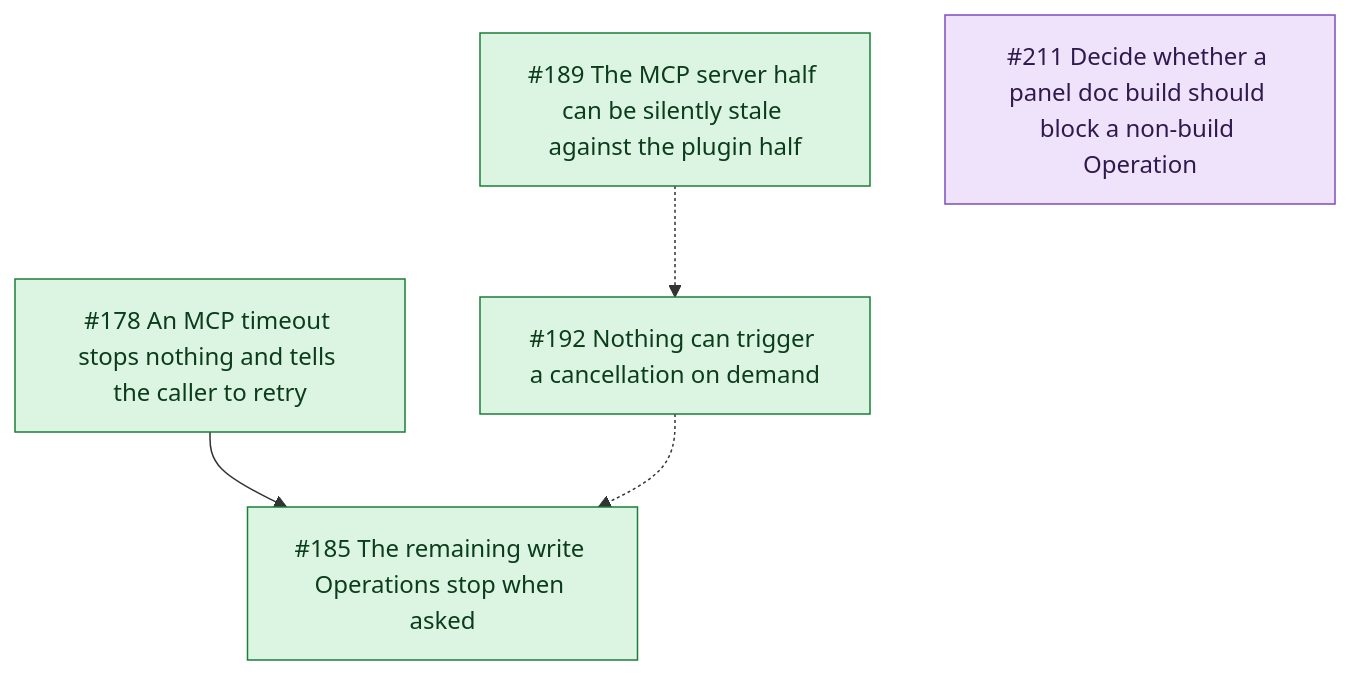
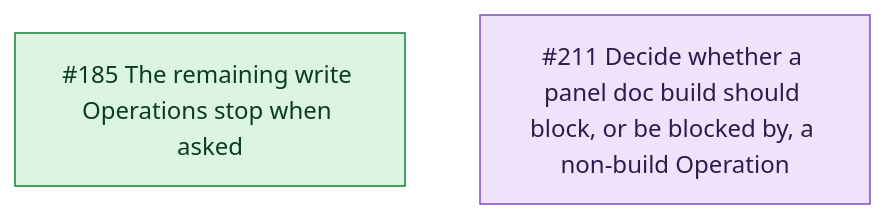
The first of 5 diagrams in docs/open-issue-map.md (tidy-dev-team/tidy-ds-toolbox), drawn with Mermaid before and after one commit. The commit also changed other lines of this file and 6 other files, not shown here.

````diff
--- a/docs/open-issue-map.md
+++ b/docs/open-issue-map.md
@@ -11,21 +11,14 @@
 ```mermaid
 flowchart TD
-    I178["#178 An MCP timeout stops nothing and tells the caller to retry"]
     I185["#185 The remaining write Operations stop when asked"]
-    I192["#192 Nothing can trigger a cancellation on demand"]
-    I189["#189 The MCP server half can be silently stale against the plugin half"]
-    I211["#211 Decide whether a panel doc build should block a non-build Operation"]
-
-    I178 --> I185
-    I192 -.-> I185
-    I189 -.-> I192
+    I211["#211 Decide whether a panel doc build should block, or be blocked by, a non-build Operation"]
 
     classDef ready fill:#dcf5e3,stroke:#1a7f37,color:#0b3d1c
     classDef work fill:#e6eefc,stroke:#3b5bab,color:#12224a
     classDef decision fill:#efe2fb,stroke:#7c4dbd,color:#301a4d
     classDef prd fill:#fdf1d6,stroke:#b07d10,color:#4a3306
     classDef bug fill:#fbe0e0,stroke:#b02a2a,color:#4a0d0d
 
-    class I178,I185,I192,I189 ready
+    class I185 ready
     class I211 decision
 ```
````
